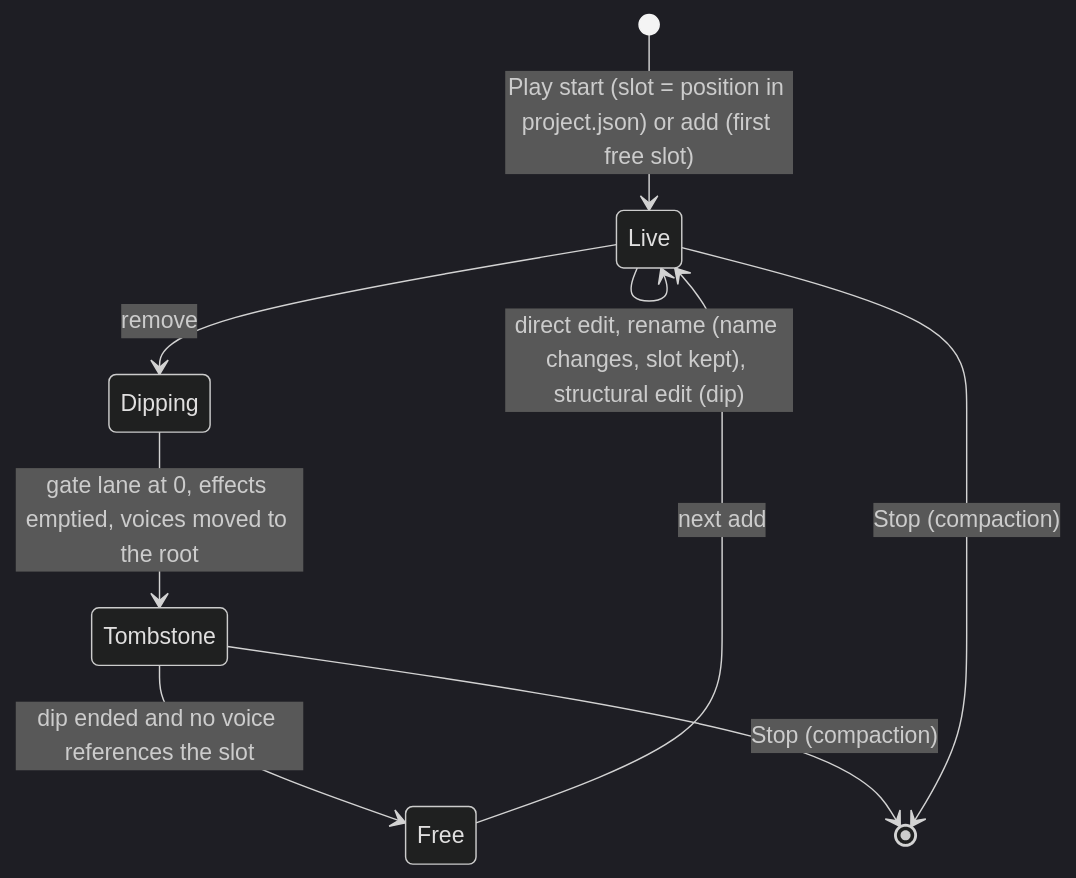
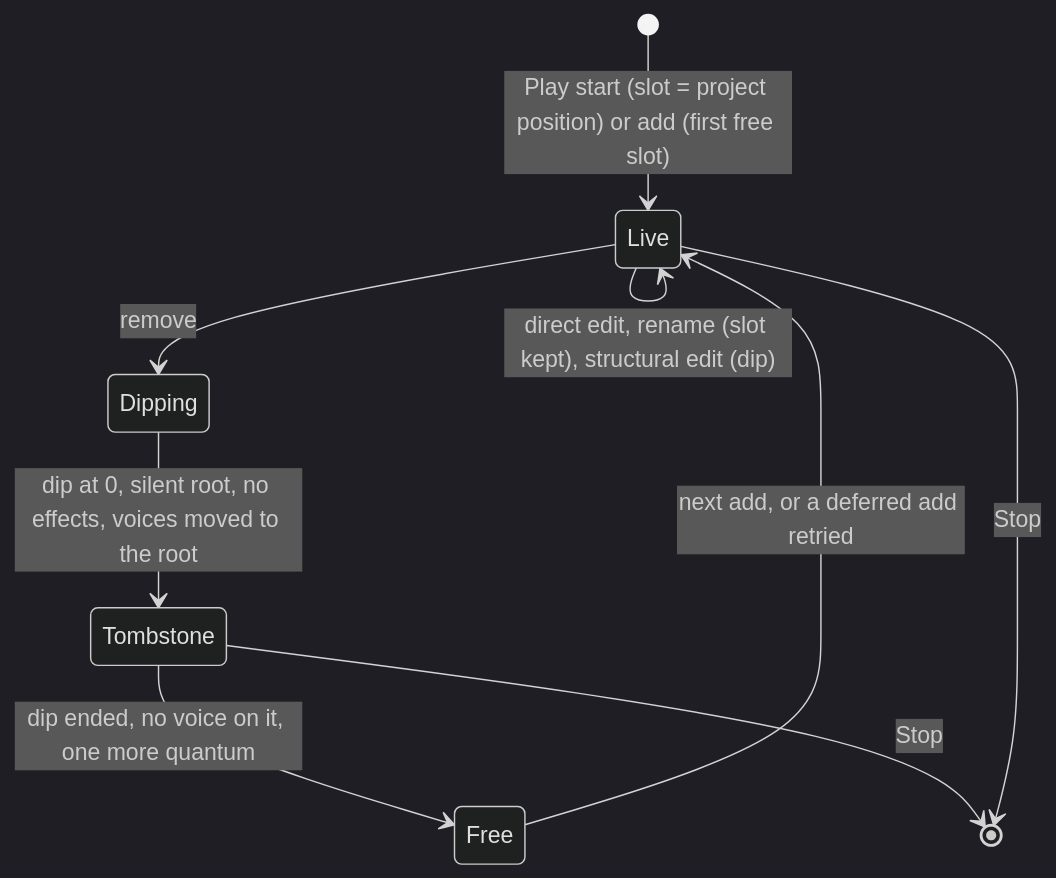
The fourth of 10 diagrams in docs/design/0171-audio-mix/architecture.md (doughtnerd/TranquilityEngine), drawn with Mermaid (dark theme) before and after one commit. The commit also changed other lines of this file and 1 other file, not shown here.

First line of the commit message:
M5 design: architecture and contracts revision 2 (rulings R1-R25, resolutions of the senior's review)

````diff
--- a/docs/design/0171-audio-mix/architecture.md
+++ b/docs/design/0171-audio-mix/architecture.md
@@ -129,11 +143,11 @@
 ```mermaid
 stateDiagram-v2
-  [*] --> Live: Play start (slot = position in project.json) or add (first free slot)
-  Live --> Live: direct edit, rename (name changes, slot kept), structural edit (dip)
+  [*] --> Live: Play start (slot = project position) or add (first free slot)
+  Live --> Live: direct edit, rename (slot kept), structural edit (dip)
   Live --> Dipping: remove
-  Dipping --> Tombstone: gate lane at 0, effects emptied, voices moved to the root
-  Tombstone --> Free: dip ended and no voice references the slot
-  Free --> Live: next add
-  Tombstone --> [*]: Stop (compaction)
-  Live --> [*]: Stop (compaction)
+  Dipping --> Tombstone: dip at 0, silent root, no effects, voices moved to the root
+  Tombstone --> Free: dip ended, no voice on it, one more quantum
+  Free --> Live: next add, or a deferred add retried
+  Tombstone --> [*]: Stop
+  Live --> [*]: Stop
 ```
````
